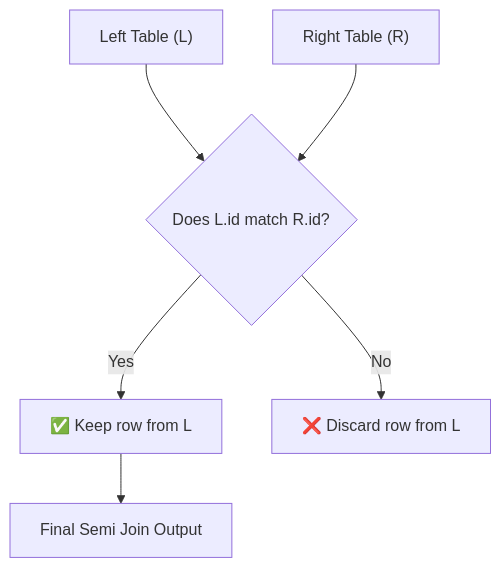
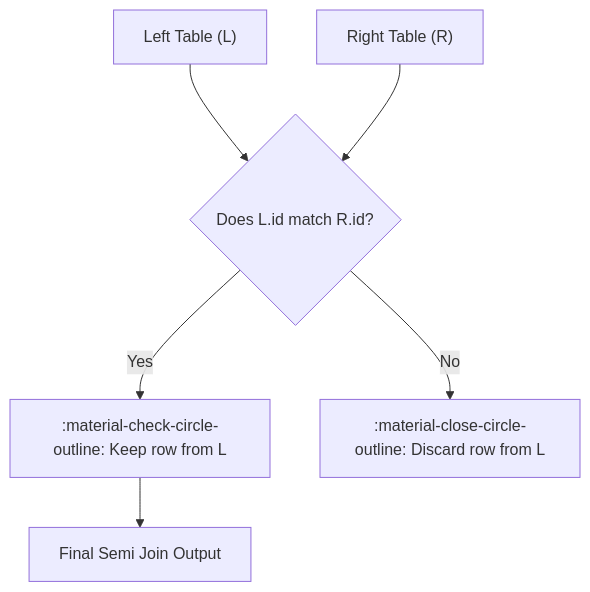
One commit to mahfooziiitian/spark-batch changed the second of 2 diagrams in spark-sql/docs/join/types/left_semi.md. Above: the diagram before and after it, drawn with Mermaid. The commit also changed other lines of this file and 312 other files, not shown here.

````diff
--- a/spark-sql/docs/join/types/left_semi.md
+++ b/spark-sql/docs/join/types/left_semi.md
@@ -41,10 +41,10 @@
 ```mermaid
 flowchart TD
   A["Left Table (L)"] --> J{Does L.id match R.id?}
   R["Right Table (R)"] --> J
 
-  J -- Yes --> D1[✅ Keep row from L]
-  J -- No --> D2[❌ Discard row from L]
+  J -- Yes --> D1[:material-check-circle-outline: Keep row from L]
+  J -- No --> D2[:material-close-circle-outline: Discard row from L]
 
   D1 --> O[Final Semi Join Output]
 ```
````
